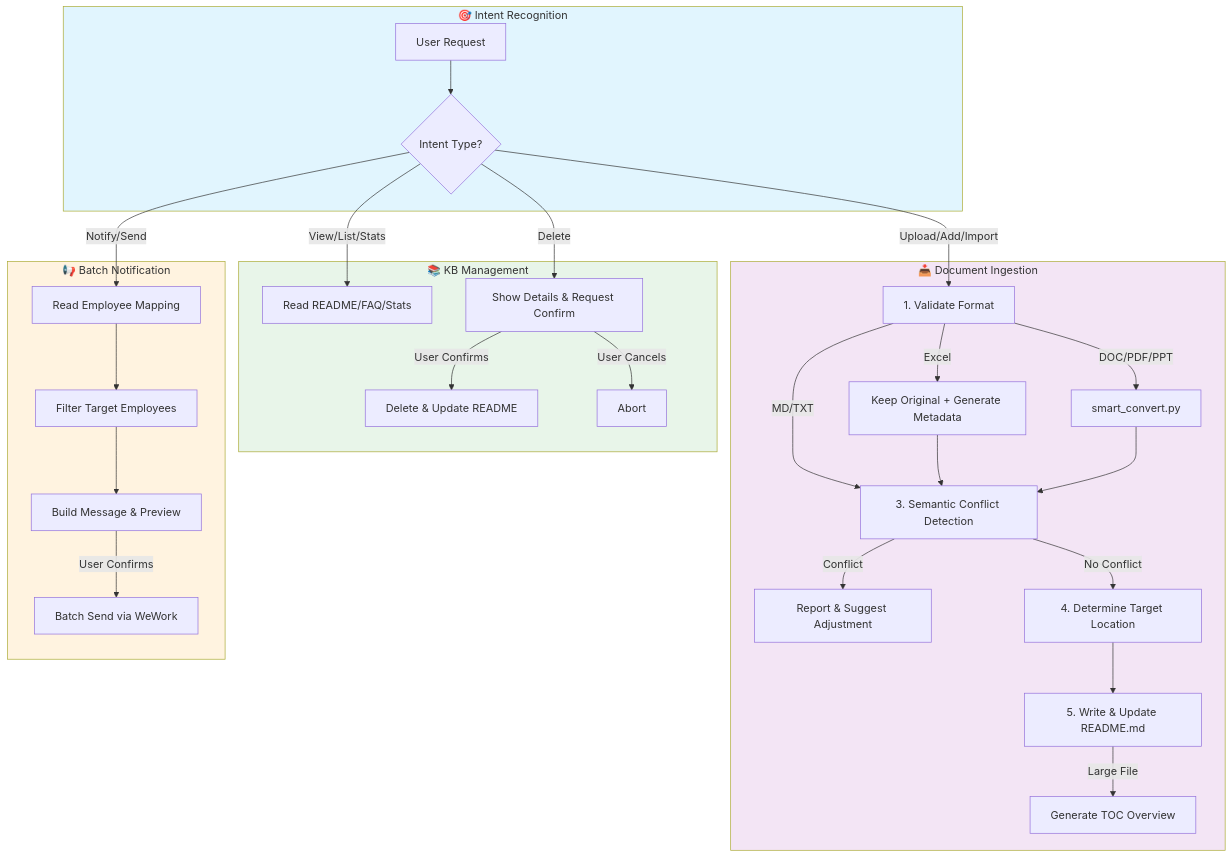
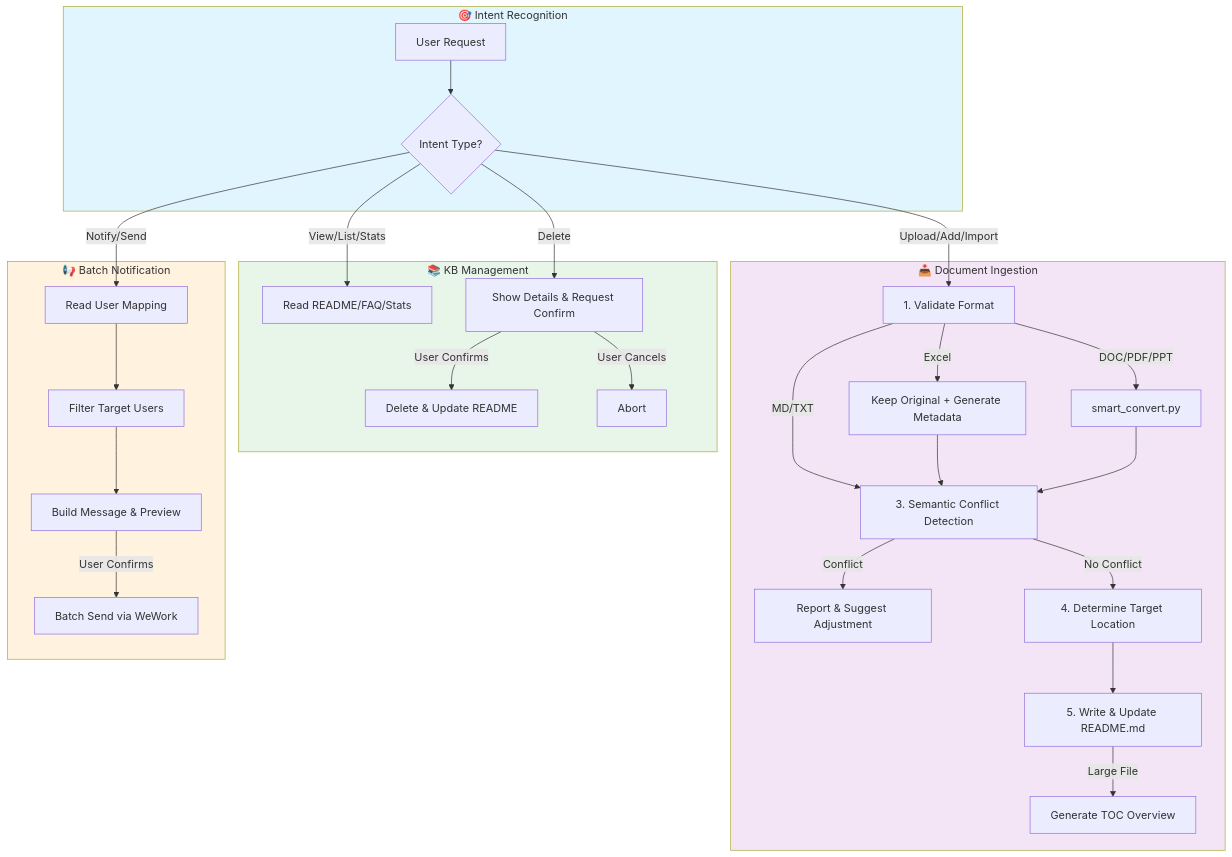
One commit to Harryoung/efka changed the first of 2 diagrams in README.md. Above: the diagram before and after it, drawn with Mermaid. The commit also changed other lines of this file and 41 other files, not shown here.

First line of the commit message:
refactor: rename employee to user across codebase

````diff
--- a/README.md
+++ b/README.md
@@ -136,38 +136,38 @@
 ```mermaid
 flowchart TD
     subgraph Intent["🎯 Intent Recognition"]
         A[User Request] --> B{Intent Type?}
     end
 
     subgraph DocIngest["📥 Document Ingestion"]
         B -->|Upload/Add/Import| C1[1. Validate Format]
         C1 -->|MD/TXT| C3
         C1 -->|Excel| C2a[Keep Original + Generate Metadata]
         C1 -->|DOC/PDF/PPT| C2b[smart_convert.py]
         C2a --> C3[3. Semantic Conflict Detection]
         C2b --> C3
         C3 -->|Conflict| C3x[Report & Suggest Adjustment]
         C3 -->|No Conflict| C4[4. Determine Target Location]
         C4 --> C5[5. Write & Update README.md]
         C5 -->|Large File| C5a[Generate TOC Overview]
     end
 
     subgraph KBMgmt["📚 KB Management"]
         B -->|View/List/Stats| D1[Read README/FAQ/Stats]
         B -->|Delete| D2[Show Details & Request Confirm]
         D2 -->|User Confirms| D3[Delete & Update README]
         D2 -->|User Cancels| D4[Abort]
     end
 
     subgraph BatchNotify["📢 Batch Notification"]
-        B -->|Notify/Send| E1[Read Employee Mapping]
-        E1 --> E2[Filter Target Employees]
+        B -->|Notify/Send| E1[Read User Mapping]
+        E1 --> E2[Filter Target Users]
         E2 --> E3[Build Message & Preview]
         E3 -->|User Confirms| E4[Batch Send via WeWork]
     end
 
     style Intent fill:#e1f5fe
     style DocIngest fill:#f3e5f5
     style KBMgmt fill:#e8f5e9
     style BatchNotify fill:#fff3e0
 ```
````
